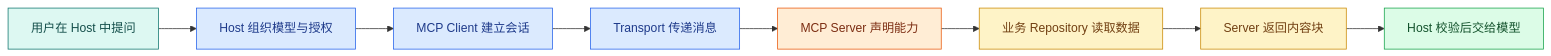
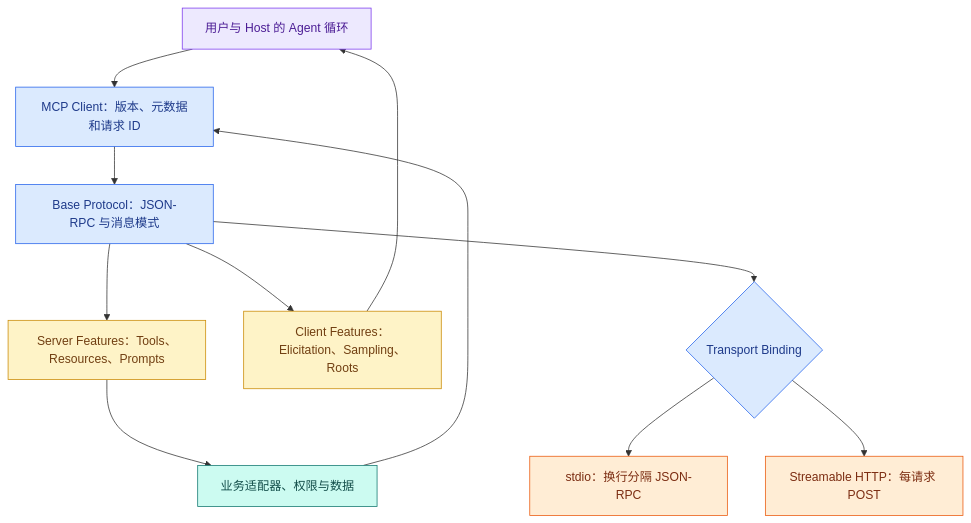
Before and after one commit to upJiang/jiang-blog-vitepress: the first of 2 diagrams in docs/ai-agent/mcp-protocol-lifecycle.md, drawn with Mermaid. The commit also changed other lines of this file and 425 other files, not shown here.

````diff
--- a/docs/ai-agent/mcp-protocol-lifecycle.md
+++ b/docs/ai-agent/mcp-protocol-lifecycle.md
@@ -27,21 +54,23 @@
 ```mermaid
-flowchart LR
-  U[用户在 Host 中提问] --> H[Host 组织模型与授权]
-  H --> C[MCP Client 建立会话]
-  C --> T[Transport 传递消息]
-  T --> S[MCP Server 声明能力]
-  S --> R[业务 Repository 读取数据]
-  R --> O[Server 返回内容块]
-  O --> V[Host 校验后交给模型]
-
-  classDef input fill:#DDF8F2,stroke:#0F766E,color:#134E4A;
-  classDef program fill:#DBEAFE,stroke:#2563EB,color:#1E3A8A;
-  classDef tool fill:#FFEDD5,stroke:#EA580C,color:#7C2D12;
-  classDef data fill:#FEF3C7,stroke:#CA8A04,color:#713F12;
-  classDef success fill:#DCFCE7,stroke:#16A34A,color:#14532D;
-  class U input;
-  class H,C,T program;
-  class S tool;
-  class R,O data;
-  class V success;
+flowchart TB
+  U[用户与 Host 的 Agent 循环] --> C[MCP Client：版本、元数据和请求 ID]
+  C --> B[Base Protocol：JSON-RPC 与消息模式]
+  B --> F[Server Features：Tools、Resources、Prompts]
+  B --> I[Client Features：Elicitation、Sampling、Roots]
+  B --> T{Transport Binding}
+  T --> S[stdio：换行分隔 JSON-RPC]
+  T --> H[Streamable HTTP：每请求 POST]
+  F --> R[业务适配器、权限与数据]
+  I --> U
+  R --> C
+  classDef input fill:#ccfbf1,stroke:#0f766e,color:#134e4a
+  classDef program fill:#dbeafe,stroke:#2563eb,color:#1e3a8a
+  classDef data fill:#fef3c7,stroke:#ca8a04,color:#713f12
+  classDef tool fill:#ffedd5,stroke:#ea580c,color:#7c2d12
+  classDef model fill:#ede9fe,stroke:#7c3aed,color:#4c1d95
+  class U model
+  class C,B,T program
+  class F,I data
+  class S,H tool
+  class R input
 ```
````
